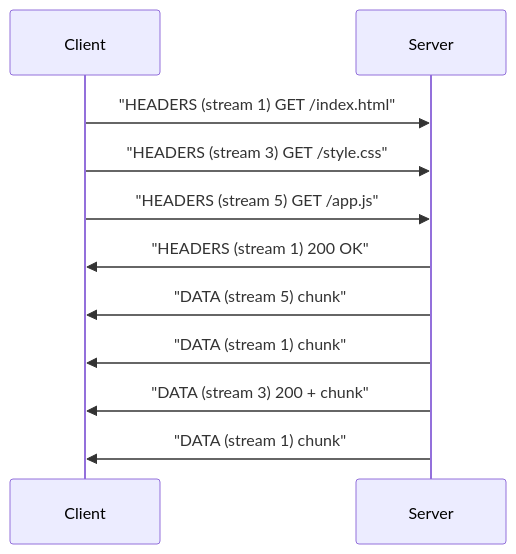
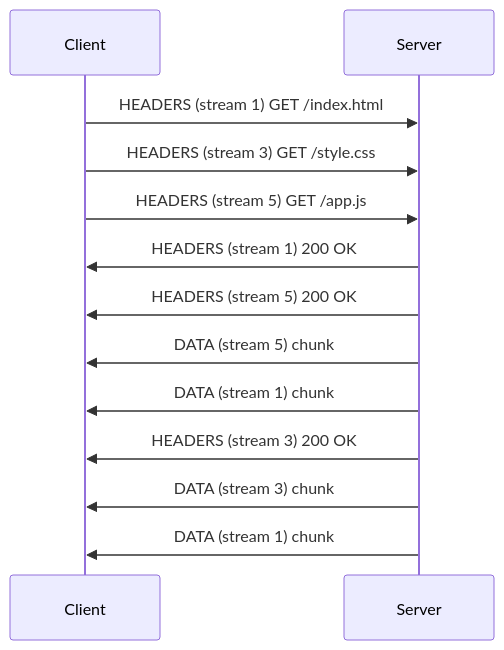
One commit to vabs/vabs.github.io changed the first of 2 diagrams in content/post/http-2-multiplexing-and-hpack.md. Above: the diagram before and after it, drawn with Mermaid. The commit also changed other lines of this file and 87 other files, not shown here.

First line of the commit message:
Fix: Readable mermaid diagrams and fact-check blog posts

```diff
--- a/content/post/http-2-multiplexing-and-hpack.md
+++ b/content/post/http-2-multiplexing-and-hpack.md
@@ -53,13 +53,15 @@
 {{< mermaid >}}
 sequenceDiagram
     participant C as Client
     participant S as Server
-    C->>S: "HEADERS (stream 1) GET /index.html"
-    C->>S: "HEADERS (stream 3) GET /style.css"
-    C->>S: "HEADERS (stream 5) GET /app.js"
-    S->>C: "HEADERS (stream 1) 200 OK"
-    S->>C: "DATA (stream 5) chunk"
-    S->>C: "DATA (stream 1) chunk"
-    S->>C: "DATA (stream 3) 200 + chunk"
-    S->>C: "DATA (stream 1) chunk"
+    C->>S: HEADERS (stream 1) GET /index.html
+    C->>S: HEADERS (stream 3) GET /style.css
+    C->>S: HEADERS (stream 5) GET /app.js
+    S->>C: HEADERS (stream 1) 200 OK
+    S->>C: HEADERS (stream 5) 200 OK
+    S->>C: DATA (stream 5) chunk
+    S->>C: DATA (stream 1) chunk
+    S->>C: HEADERS (stream 3) 200 OK
+    S->>C: DATA (stream 3) chunk
+    S->>C: DATA (stream 1) chunk
 {{< /mermaid >}}
```
